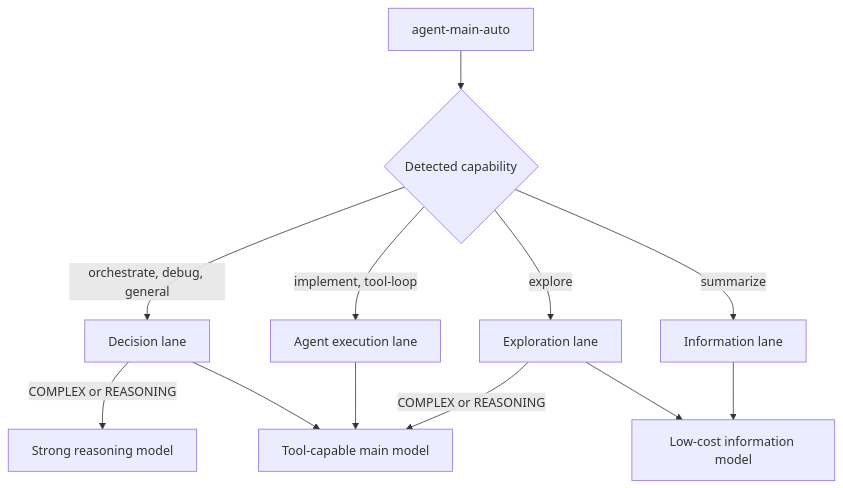
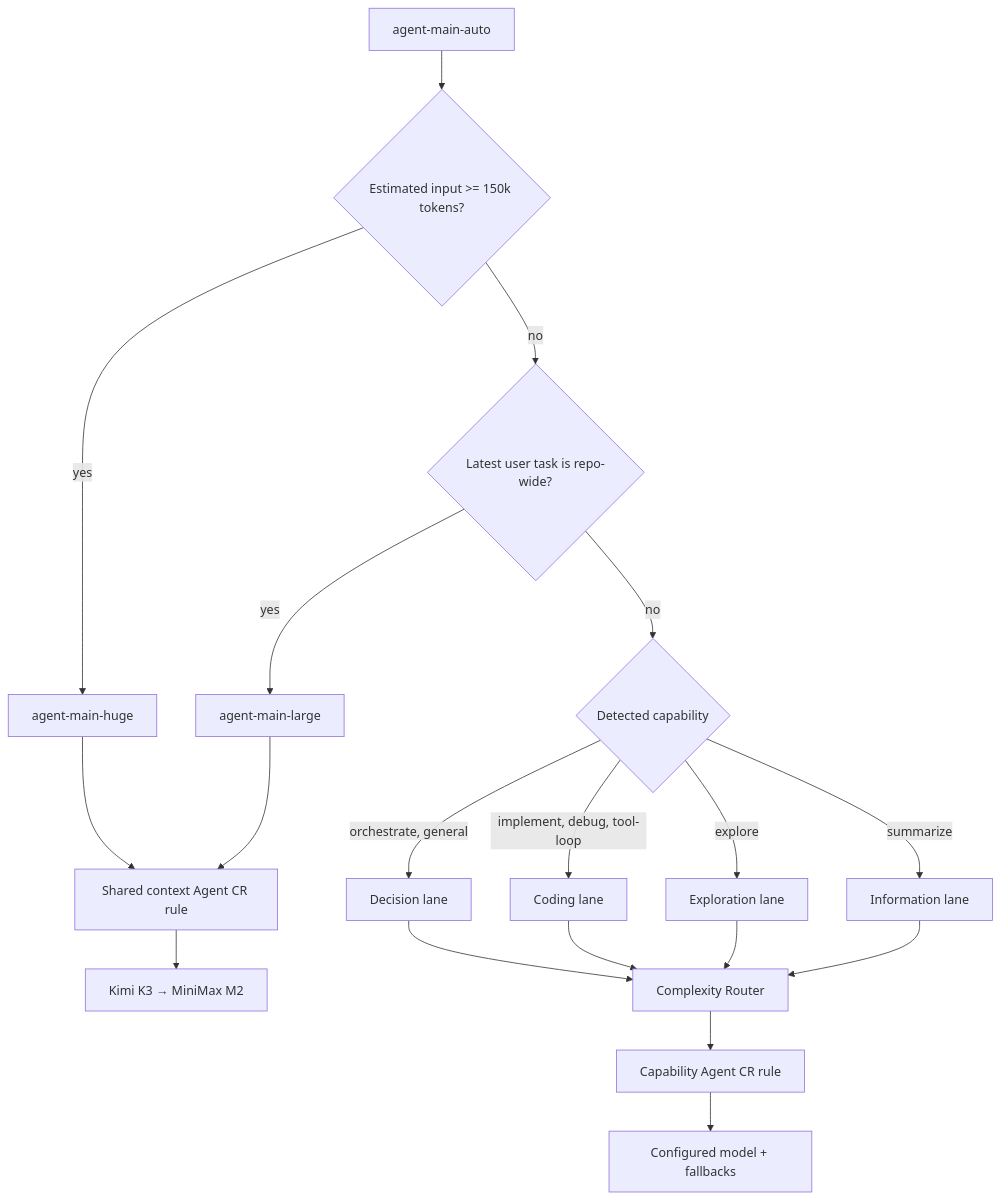
One commit to codex-corp/bifrost-capability-plugin changed the second of 3 diagrams in README.md. Above: the diagram before and after it, drawn with Mermaid. The commit also changed other lines of this file and 15 other files, not shown here.

First line of the commit message:
feat: add large-scope and huge-context routing lanes

````diff
--- a/README.md
+++ b/README.md
@@ -34,14 +41,21 @@
 ```mermaid
 flowchart TD
-    A["agent-main-auto"] --> C{"Detected capability"}
-    C -->|"orchestrate, debug, general"| D["Decision lane"]
-    C -->|"implement, tool-loop"| T["Agent execution lane"]
+    A["agent-main-auto"] --> H{"Estimated input >= 150k tokens?"}
+    H -->|"yes"| HC["agent-main-huge"]
+    H -->|"no"| L{"Latest user task is repo-wide?"}
+    L -->|"yes"| LC["agent-main-large"]
+    L -->|"no"| C{"Detected capability"}
+    C -->|"orchestrate, general"| D["Decision lane"]
+    C -->|"implement, debug, tool-loop"| T["Coding lane"]
     C -->|"explore"| E["Exploration lane"]
     C -->|"summarize"| S["Information lane"]
-    D -->|"COMPLEX or REASONING"| G["Strong reasoning model"]
-    D --> N["Tool-capable main model"]
-    T --> N
-    E -->|"COMPLEX or REASONING"| N
-    E --> Q["Low-cost information model"]
-    S --> Q
+    HC --> SHARED["Shared context Agent CR rule"]
+    LC --> SHARED
+    SHARED --> K["Kimi K3 → MiniMax M2"]
+    D --> CR["Complexity Router"]
+    T --> CR
+    E --> CR
+    S --> CR
+    CR --> RULES["Capability Agent CR rule"]
+    RULES --> M["Configured model + fallbacks"]
 ```
````
